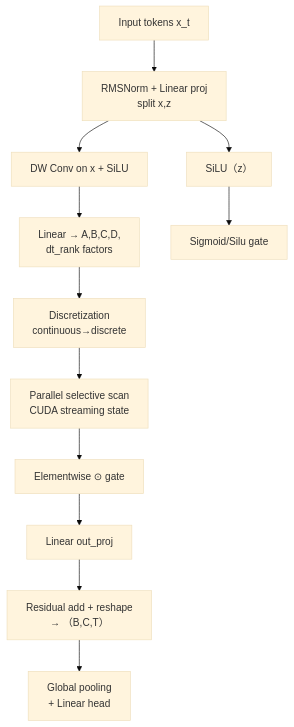
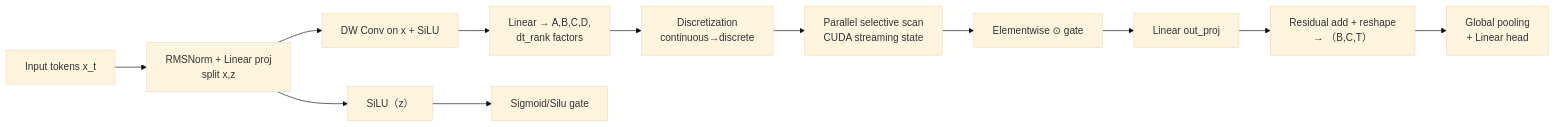
Before and after one commit to Elison-debug/Cmamba_reconstruct: the second of 3 diagrams in docx/ablation_architectures.md, drawn with Mermaid (base theme). The commit also changed other lines of this file and 2 other files, not shown here.

````diff
--- a/docx/ablation_architectures.md
+++ b/docx/ablation_architectures.md
@@ -74,15 +74,15 @@
 ```mermaid
-flowchart TD
+flowchart LR
   o0[Input tokens x_t] --> o1[RMSNorm + Linear proj<br/>split x,z]
   o1 --> o3[DW Conv on x + SiLU]
   o3 --> o4[Linear → A,B,C,D,<br/>dt_rank factors]
   o4 --> o5[Discretization<br/>continuous→discrete]
   o5 --> o6[Parallel selective scan<br/>CUDA streaming state]
   o1 --> o7[SiLU（z）]
   o7 --> o8[Sigmoid/Silu gate]
   o6 --> o9[Elementwise ⊙ gate]
   o9 --> o10[Linear out_proj]
   o10 --> o11[Residual add + reshape<br/>→ （B,C,T）]
   o11 --> o12[Global pooling <br/> + Linear head]
 
 ```
````
